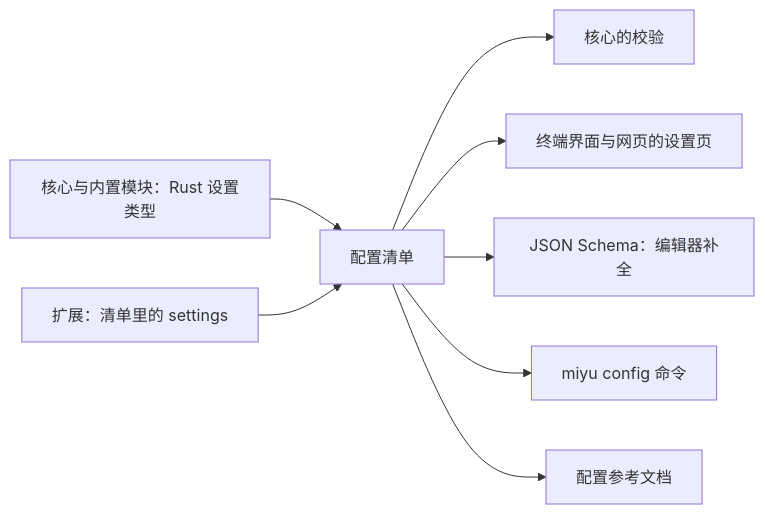
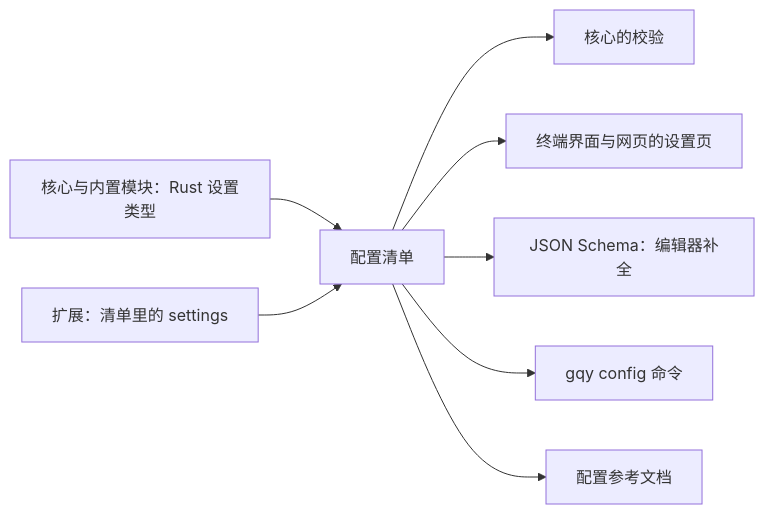
One commit to yxxbc/GQYv2 changed the first of 2 diagrams in docs/designs/14-配置.md. Above: the diagram before and after it, drawn with Mermaid. The commit also changed other lines of this file and 531 other files, not shown here.

Commit message:
docs: replace all miyu references with gqy

````diff
--- a/docs/designs/14-配置.md
+++ b/docs/designs/14-配置.md
@@ -42,10 +42,10 @@
 ```mermaid
 flowchart LR
     rust["核心与内置模块：Rust 设置类型"] --> reg["配置清单"]
     ext["扩展：清单里的 settings"] --> reg
     reg --> check["核心的校验"]
     reg --> forms["终端界面与网页的设置页"]
     reg --> schema["JSON Schema：编辑器补全"]
-    reg --> cli["miyu config 命令"]
+    reg --> cli["gqy config 命令"]
     reg --> docs["配置参考文档"]
 ```
````
